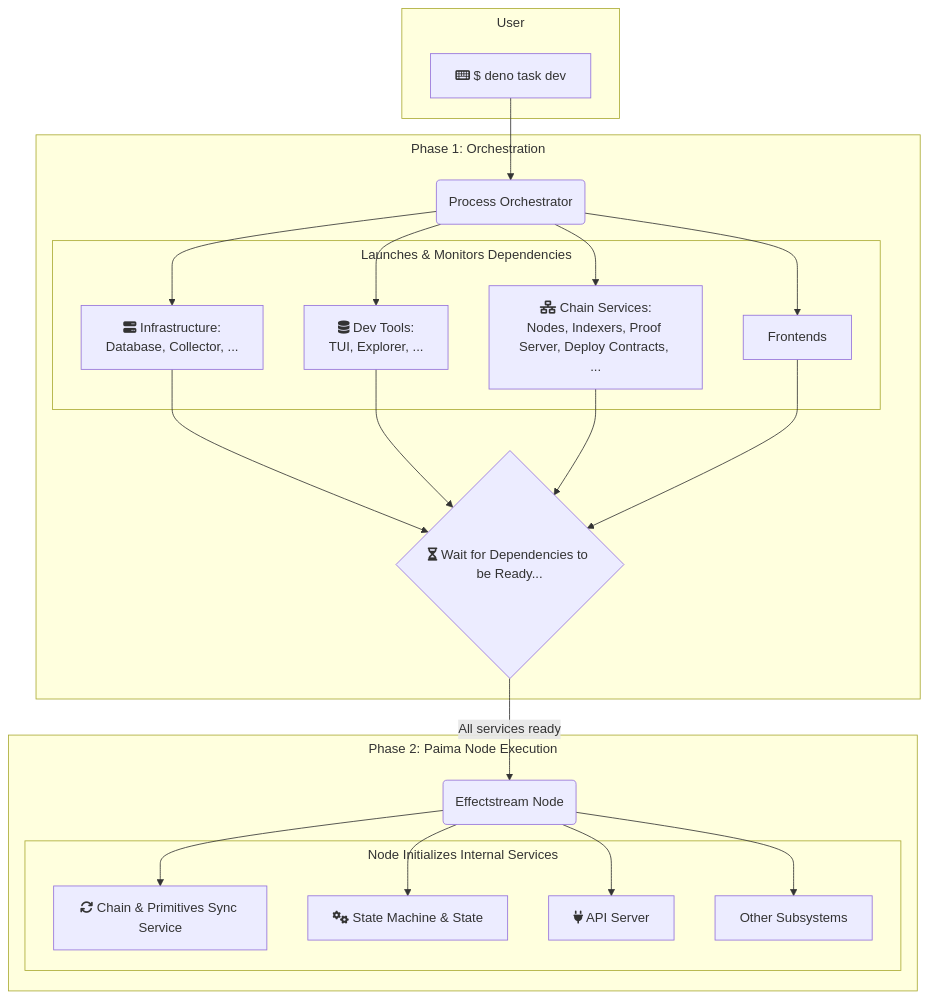
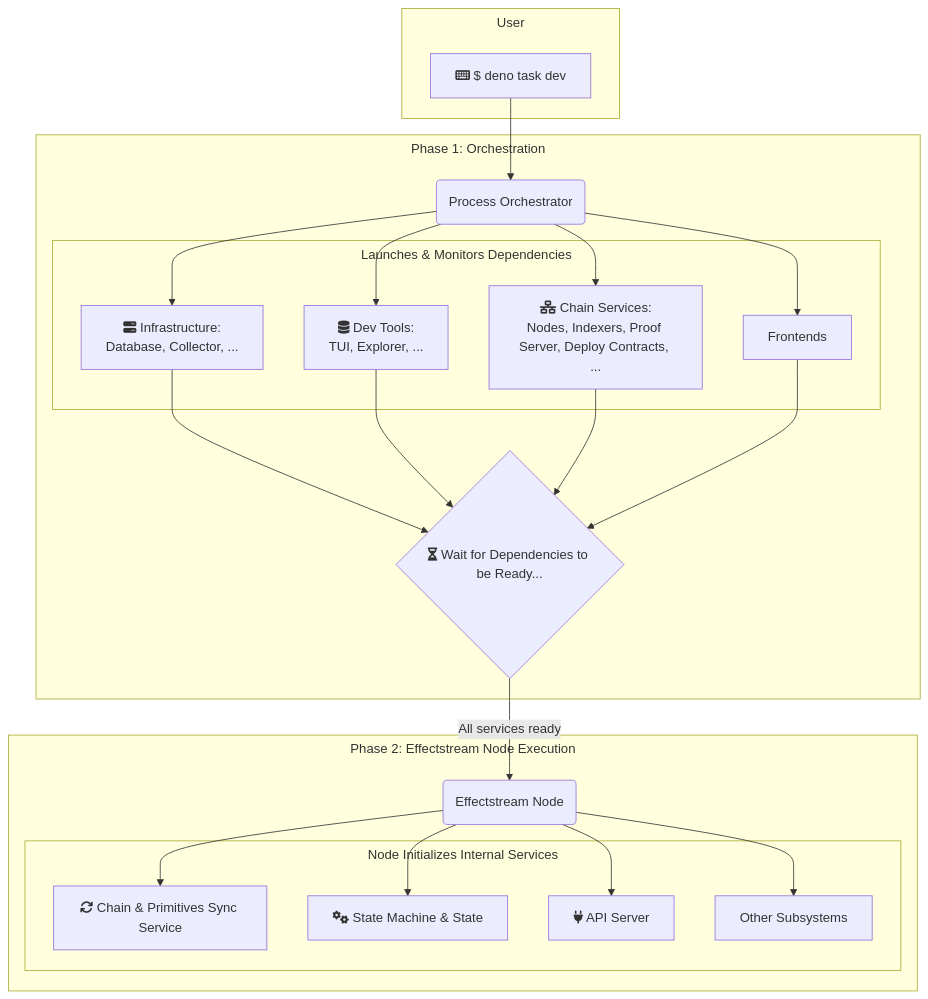
One commit to effectstream/effectstream changed the diagram in docs/site/docs/home/100-components/117-node-startup.md. Above: the diagram before and after it, drawn with Mermaid. The commit also changed other lines of this file and 39 other files, not shown here.

````diff
--- a/docs/site/docs/home/100-components/117-node-startup.md
+++ b/docs/site/docs/home/100-components/117-node-startup.md
@@ -81,53 +81,53 @@
 ```mermaid
 ---
 config:
   flowchart:
     subGraphTitleMargin:
       top: 5
       bottom: 25
 ---
 graph TD
     subgraph "User"
         A["fa:fa-keyboard $ deno task dev"]
     end
 
     subgraph "Phase 1: Orchestration"
         B(Process Orchestrator)
         subgraph "Launches & Monitors Dependencies"
             
             C[fa:fa-server Infrastructure:<br/>Database, Collector, ...]
             D[fa:fa-database Dev Tools:<br/>TUI, Explorer, ...]
             E[fa:fa-network-wired Chain Services:<br/>Nodes, Indexers, Proof Server, Deploy Contracts, ...]
             F[Frontends]
         end
         G{fa:fa-hourglass-half Wait for Dependencies to be Ready...}
     end
 
-    subgraph "Phase 2: Paima Node Execution"
+    subgraph "Phase 2: Effectstream Node Execution"
         H(Effectstream Node)
         subgraph "Node Initializes Internal Services"
             I[fa:fa-sync Chain & Primitives Sync Service]
             J[fa:fa-cogs State Machine & State]
             K[fa:fa-plug API Server]
             L[Other Subsystems]
         end
     end
 
     A --> B;
     B --> C;
     B --> D;
     B --> E;
     B --> F;
 
     C --> G;
     D --> G;
     E --> G;
     F --> G;
     
     G -- All services ready --> H;
     
     H --> L;
     H --> I;
     H --> J;
     H --> K;
 ```
````
